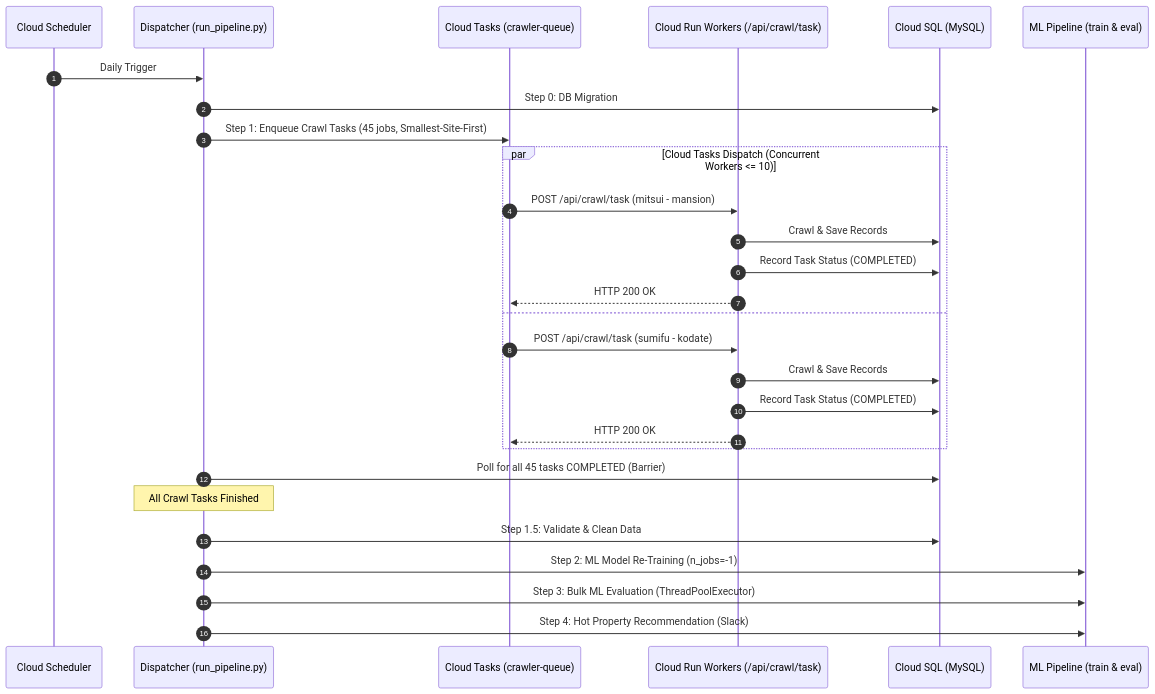
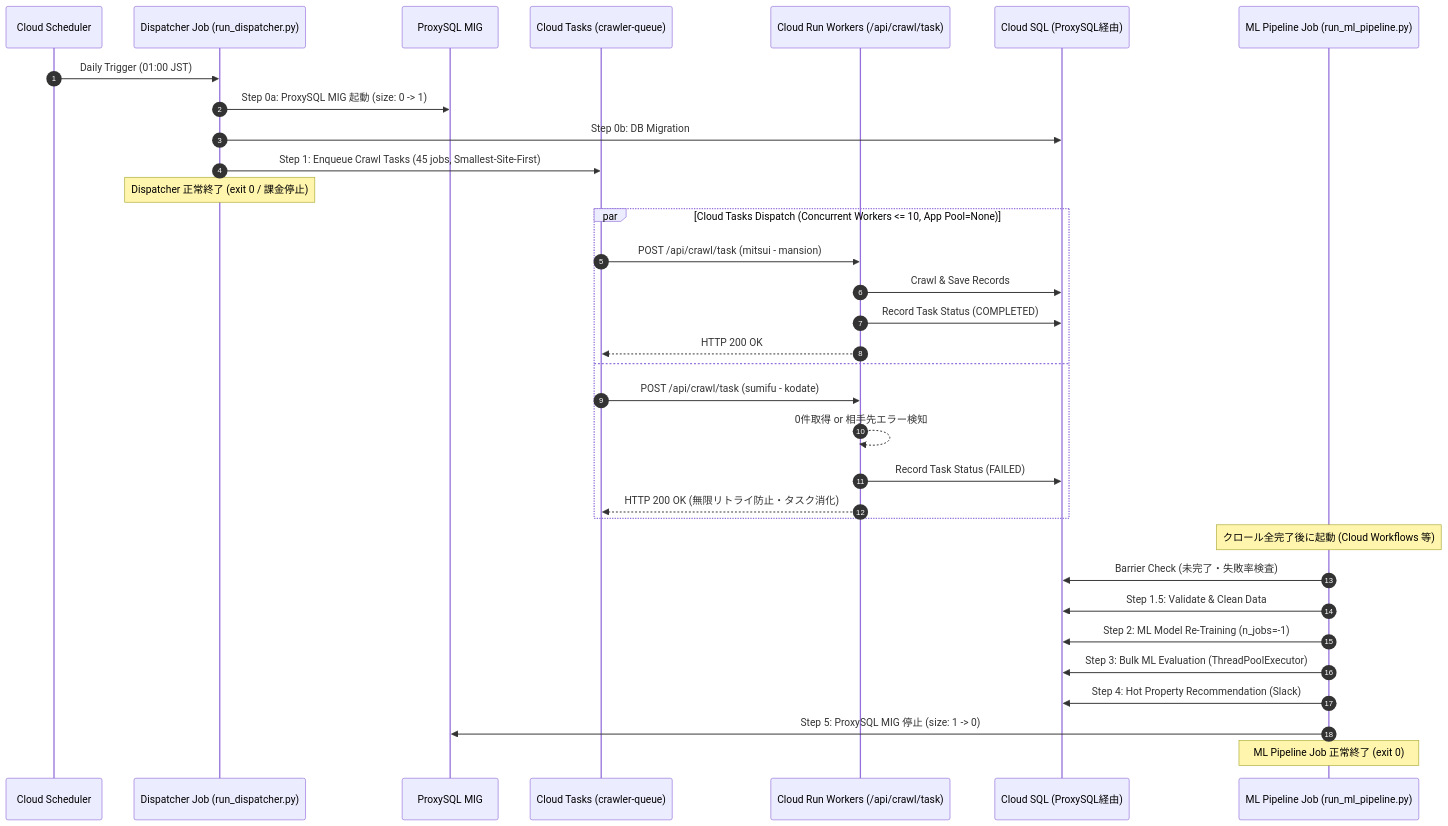
Before and after one commit to AnaharaYasuo/realestate_crawler: the diagram in docs/internal_design/gcp_parallel_execution_design.md, drawn with Mermaid. The commit also changed 14 other files, not shown here.

First line of the commit message:
feat(pipeline): split crawler service and ml job (#378)

````diff
--- a/docs/internal_design/gcp_parallel_execution_design.md
+++ b/docs/internal_design/gcp_parallel_execution_design.md
@@ -10,33 +10,38 @@
 ```mermaid
 sequenceDiagram
     autonumber
     participant Sch as Cloud Scheduler
-    participant Disp as Dispatcher (run_pipeline.py)
+    participant Disp as Dispatcher Job (run_dispatcher.py)
+    participant MIG as ProxySQL MIG
     participant CT as Cloud Tasks (crawler-queue)
     participant CR as Cloud Run Workers (/api/crawl/task)
-    participant DB as Cloud SQL (MySQL)
-    participant ML as ML Pipeline (train & eval)
+    participant DB as Cloud SQL (ProxySQL経由)
+    participant ML as ML Pipeline Job (run_ml_pipeline.py)
 
-    Sch->>Disp: Daily Trigger
-    Disp->>DB: Step 0: DB Migration
+    Sch->>Disp: Daily Trigger (01:00 JST)
+    Disp->>MIG: Step 0a: ProxySQL MIG 起動 (size: 0 -> 1)
+    Disp->>DB: Step 0b: DB Migration
     Disp->>CT: Step 1: Enqueue Crawl Tasks (45 jobs, Smallest-Site-First)
+    Note over Disp: Dispatcher 正常終了 (exit 0 / 課金停止)
 
-    par Cloud Tasks Dispatch (Concurrent Workers <= 10)
+    par Cloud Tasks Dispatch (Concurrent Workers <= 10, App Pool=None)
         CT->>CR: POST /api/crawl/task (mitsui - mansion)
         CR->>DB: Crawl & Save Records
         CR->>DB: Record Task Status (COMPLETED)
         CR-->>CT: HTTP 200 OK
     and
         CT->>CR: POST /api/crawl/task (sumifu - kodate)
-        CR->>DB: Crawl & Save Records
-        CR->>DB: Record Task Status (COMPLETED)
-        CR-->>CT: HTTP 200 OK
+        CR-->>CR: 0件取得 or 相手先エラー検知
+        CR->>DB: Record Task Status (FAILED)
+        CR-->>CT: HTTP 200 OK (無限リトライ防止・タスク消化)
     end
 
-    Disp->>DB: Poll for all 45 tasks COMPLETED (Barrier)
-    Note over Disp: All Crawl Tasks Finished
-    Disp->>DB: Step 1.5: Validate & Clean Data
-    Disp->>ML: Step 2: ML Model Re-Training (n_jobs=-1)
-    Disp->>ML: Step 3: Bulk ML Evaluation (ThreadPoolExecutor)
-    Disp->>ML: Step 4: Hot Property Recommendation (Slack)
+    Note over ML: クロール全完了後に起動 (Cloud Workflows 等)
+    ML->>DB: Barrier Check (未完了・失敗率検査)
+    ML->>DB: Step 1.5: Validate & Clean Data
+    ML->>DB: Step 2: ML Model Re-Training (n_jobs=-1)
+    ML->>DB: Step 3: Bulk ML Evaluation (ThreadPoolExecutor)
+    ML->>DB: Step 4: Hot Property Recommendation (Slack)
+    ML->>MIG: Step 5: ProxySQL MIG 停止 (size: 1 -> 0)
+    Note over ML: ML Pipeline Job 正常終了 (exit 0)
 ```
````
